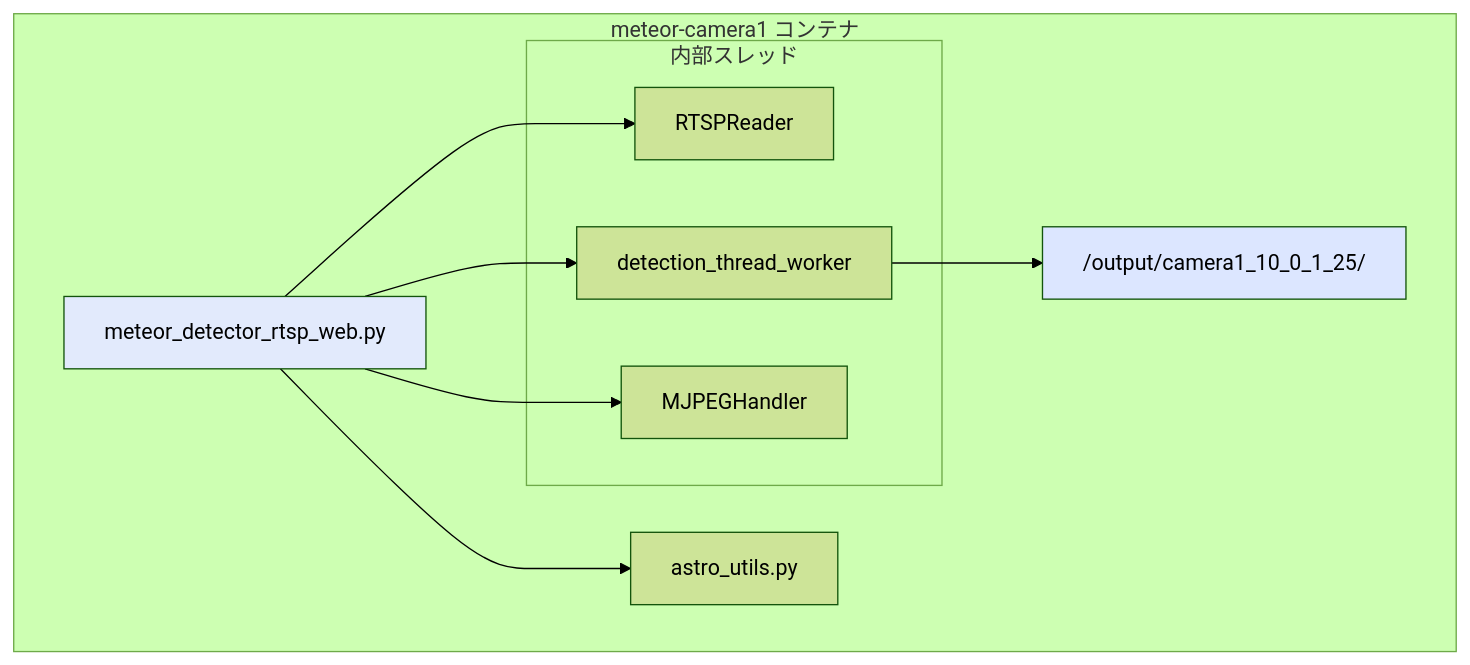
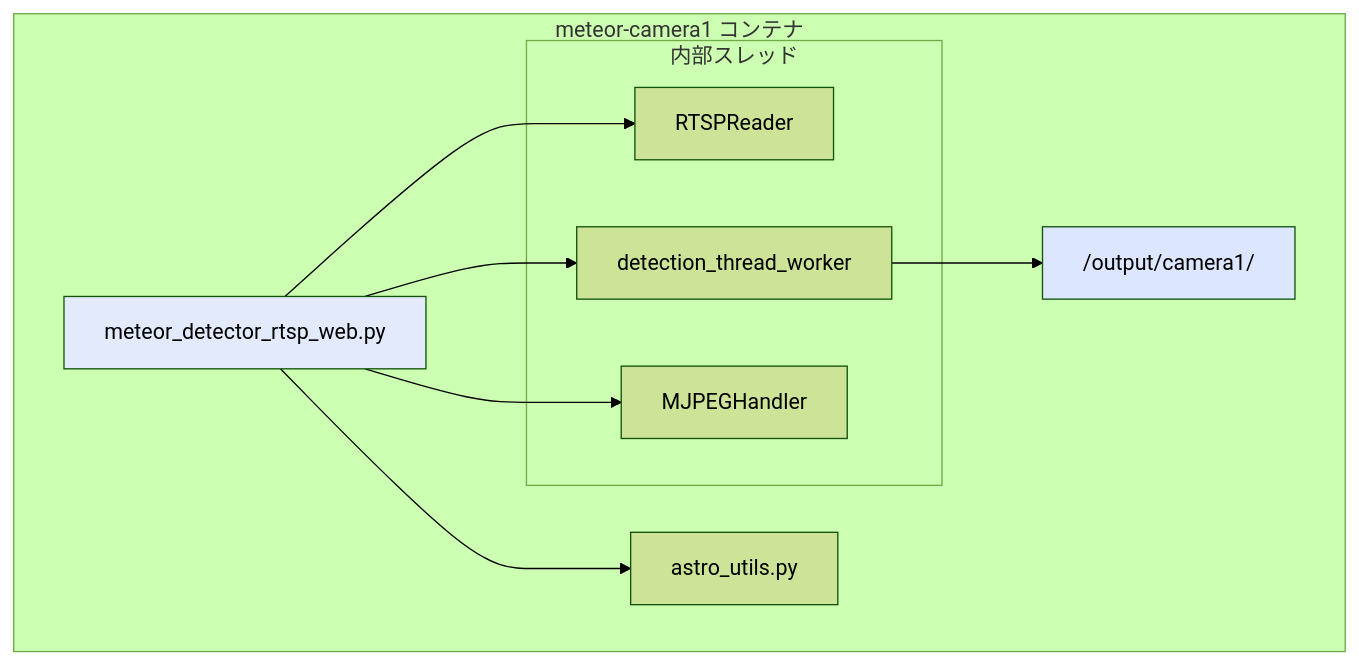
One commit to Masakai/meteo changed the third of 10 diagrams in documents/DOCKER_ARCHITECTURE.md. Above: the diagram before and after it, drawn with Mermaid (forest theme). The commit also changed other lines of this file and 18 other files, not shown here.

````diff
--- a/documents/DOCKER_ARCHITECTURE.md
+++ b/documents/DOCKER_ARCHITECTURE.md
@@ -161,23 +172,23 @@
 ```mermaid
 graph TB
     subgraph "meteor-camera1 コンテナ"
         Detector["meteor_detector_rtsp_web.py"]
         Astro["astro_utils.py"]
-        Output["/output/camera1_10_0_1_25/"]
+        Output["/output/camera1/"]
 
         subgraph "内部スレッド"
             RTSP["RTSPReader"]
             Detection["detection_thread_worker"]
             Web["MJPEGHandler"]
         end
 
         Detector --> RTSP
         Detector --> Detection
         Detector --> Web
         Detector --> Astro
         Detection --> Output
     end
 
     style Detector fill:#e2eafc
     style Output fill:#dce6ff
 ```
````
